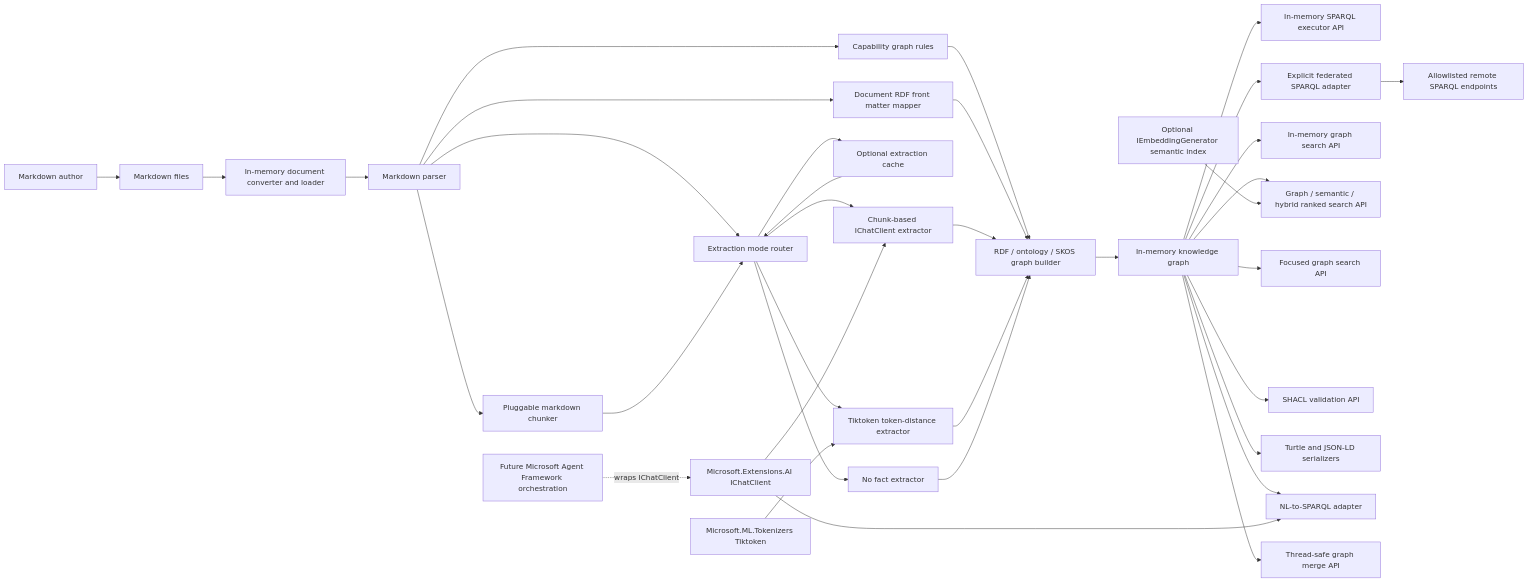
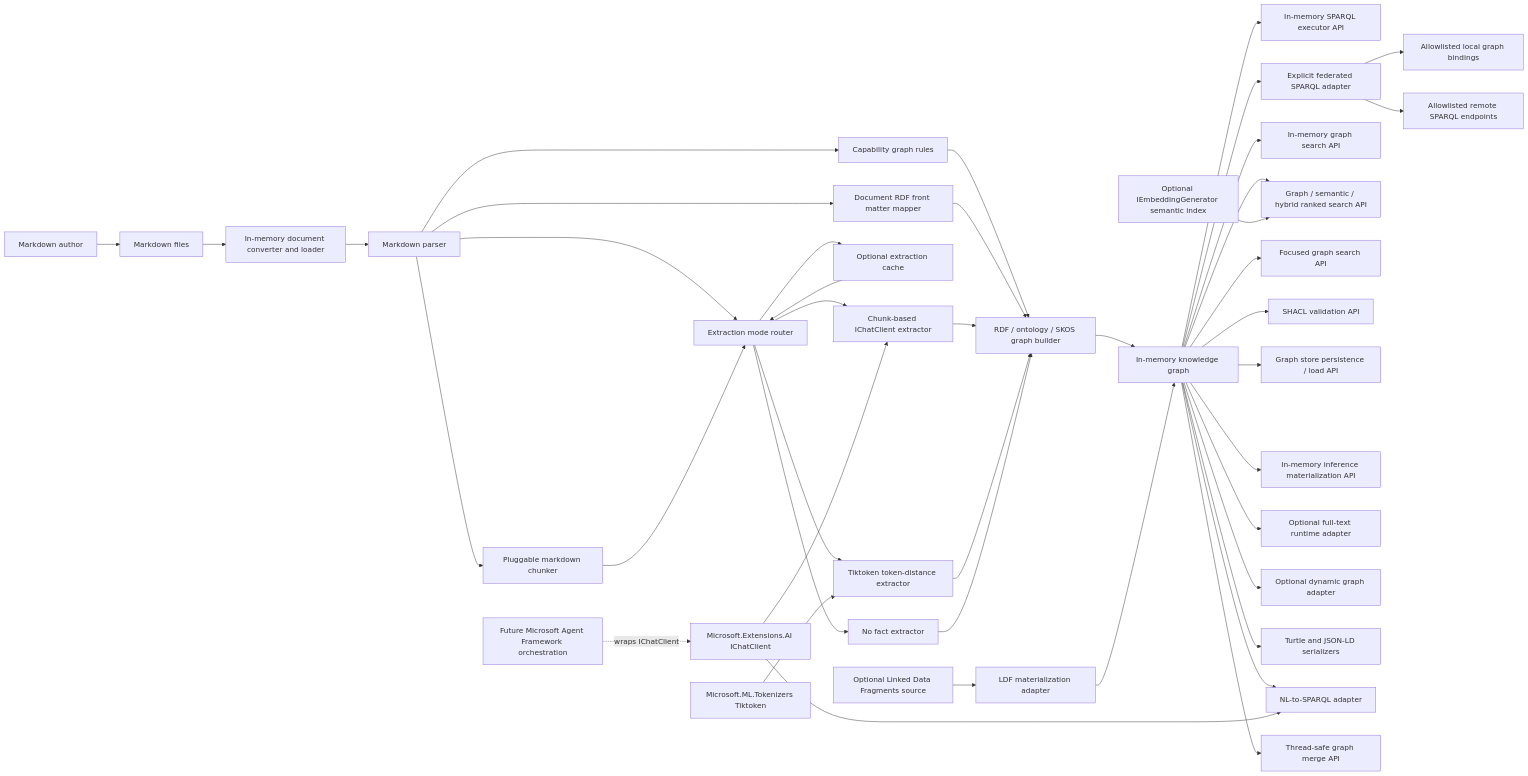
Before and after one commit to managedcode/markdown-ld-kb: the first of 8 diagrams in docs/Architecture.md, drawn with Mermaid. The commit also changed other lines of this file and 54 other files, not shown here.

````diff
--- a/docs/Architecture.md
+++ b/docs/Architecture.md
@@ -17,37 +17,44 @@
 ```mermaid
 flowchart LR
     Author["Markdown author"] --> MarkdownFiles["Markdown files"]
     MarkdownFiles --> Loader["In-memory document converter and loader"]
     Loader --> Parser["Markdown parser"]
     Parser --> Chunker["Pluggable markdown chunker"]
     Parser --> Router["Extraction mode router"]
     Parser --> Rules["Capability graph rules"]
     Parser --> Metadata["Document RDF front matter mapper"]
     Chunker --> Router
     Router --> Cache["Optional extraction cache"]
     Router --> ChatExtractor["Chunk-based IChatClient extractor"]
     Router --> TokenExtractor["Tiktoken token-distance extractor"]
     Router --> NoExtractor["No fact extractor"]
     Cache --> Router
     Rules --> Builder
     Metadata --> Builder
     ChatExtractor --> Builder["RDF / ontology / SKOS graph builder"]
     TokenExtractor --> Builder
     NoExtractor --> Builder
     Builder --> Graph["In-memory knowledge graph"]
     Graph --> Sparql["In-memory SPARQL executor API"]
     Graph --> Federated["Explicit federated SPARQL adapter"]
     Graph --> Search["In-memory graph search API"]
     Graph --> Ranked["Graph / semantic / hybrid ranked search API"]
     Graph --> Focused["Focused graph search API"]
     Graph --> Shacl["SHACL validation API"]
+    Graph --> Persistence["Graph store persistence / load API"]
+    Graph --> Inference["In-memory inference materialization API"]
+    Graph --> FullText["Optional full-text runtime adapter"]
+    Graph --> Dynamic["Optional dynamic graph adapter"]
     Graph --> Serializers["Turtle and JSON-LD serializers"]
     Graph --> NlToSparql["NL-to-SPARQL adapter"]
     Graph --> Merge["Thread-safe graph merge API"]
+    Federated --> LocalFederated["Allowlisted local graph bindings"]
     Federated --> RemoteSparql["Allowlisted remote SPARQL endpoints"]
+    LdfSource["Optional Linked Data Fragments source"] --> Ldf["LDF materialization adapter"]
+    Ldf --> Graph
     Embedder["Optional IEmbeddingGenerator semantic index"] --> Ranked
     IChatClient["Microsoft.Extensions.AI IChatClient"] --> ChatExtractor
     IChatClient --> NlToSparql
     Tokenizer["Microsoft.ML.Tokenizers Tiktoken"] --> TokenExtractor
     AgentFramework["Future Microsoft Agent Framework orchestration"] -. "wraps IChatClient" .-> IChatClient
 ```
````
